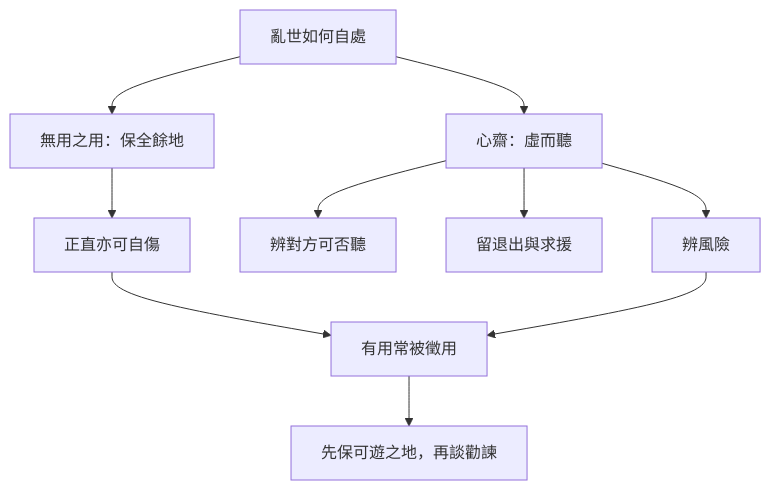
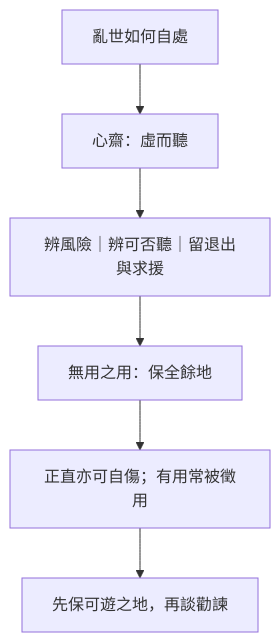
One commit to show0621/zhuangzi-atlas changed the diagram in content/chapters/01-內篇/04-人間世.md. Above: the diagram before and after it, drawn with Mermaid. The commit also changed other lines of this file and 35 other files, not shown here.

First line of the commit message:
fix(print): 全書心智圖改單欄並獨頁放大

````diff
--- a/content/chapters/01-內篇/04-人間世.md
+++ b/content/chapters/01-內篇/04-人間世.md
@@ -233,12 +233,9 @@
 ```mermaid
 flowchart TB
-  H[亂世如何自處] --> X[心齋：虛而聽]
-  X --> D1[辨風險]
-  X --> D2[辨對方可否聽]
-  X --> D3[留退出與求援]
-  H --> U[無用之用：保全餘地]
-  U --> C[正直亦可自傷]
-  C --> R[有用常被徵用]
-  D1 --> R
-  R --> Y[先保可遊之地，再談勸諫]
+  H["亂世如何自處"]
+  H --> X["心齋：虛而聽"]
+  X --> D["辨風險｜辨可否聽｜留退出與求援"]
+  D --> U["無用之用：保全餘地"]
+  U --> R["正直亦可自傷；有用常被徵用"]
+  R --> Y["先保可遊之地，再談勸諫"]
 ```
````
